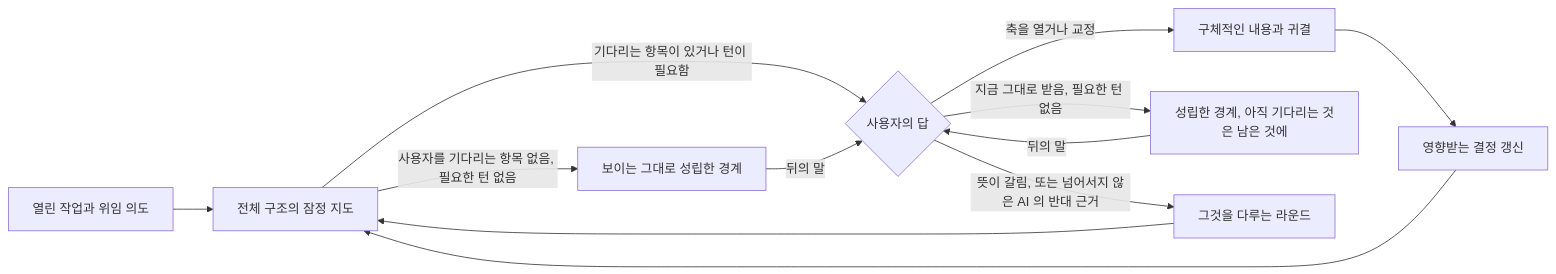
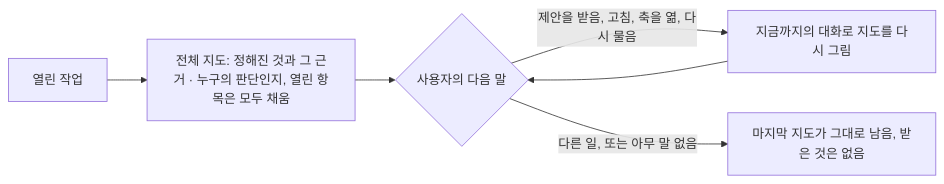
One commit to jongwony/epistemic-protocols changed the diagram in horismos/README_ko.md. Above: the diagram before and after it, drawn with Mermaid. The commit also changed other lines of this file and 9 other files, not shown here.

````diff
--- a/horismos/README_ko.md
+++ b/horismos/README_ko.md
@@ -9,14 +9,8 @@
 ```mermaid
 flowchart LR
-    A[열린 작업과 위임 의도] --> B[전체 구조의 잠정 지도]
-    B -->|사용자를 기다리는 항목 없음, 필요한 턴 없음| G[보이는 그대로 성립한 경계]
-    B -->|기다리는 항목이 있거나 턴이 필요함| C{사용자의 답}
-    C -->|축을 열거나 교정| D[구체적인 내용과 귀결]
-    D --> E[영향받는 결정 갱신]
-    E --> B
-    C -->|지금 그대로 받음, 필요한 턴 없음| F[성립한 경계, 아직 기다리는 것은 남은 것에]
-    C -->|뜻이 갈림, 또는 넘어서지 않은 AI 의 반대 근거| H[그것을 다루는 라운드]
-    H --> B
-    F -->|뒤의 말| C
-    G -->|뒤의 말| C
+    A[열린 작업] --> B[전체 지도: 정해진 것과 그 근거 · 누구의 판단인지, 열린 항목은 모두 채움]
+    B --> C{사용자의 다음 말}
+    C -->|제안을 받음, 고침, 축을 엶, 다시 물음| D[지금까지의 대화로 지도를 다시 그림]
+    D --> C
+    C -->|다른 일, 또는 아무 말 없음| E[마지막 지도가 그대로 남음, 받은 것은 없음]
 ```
````
